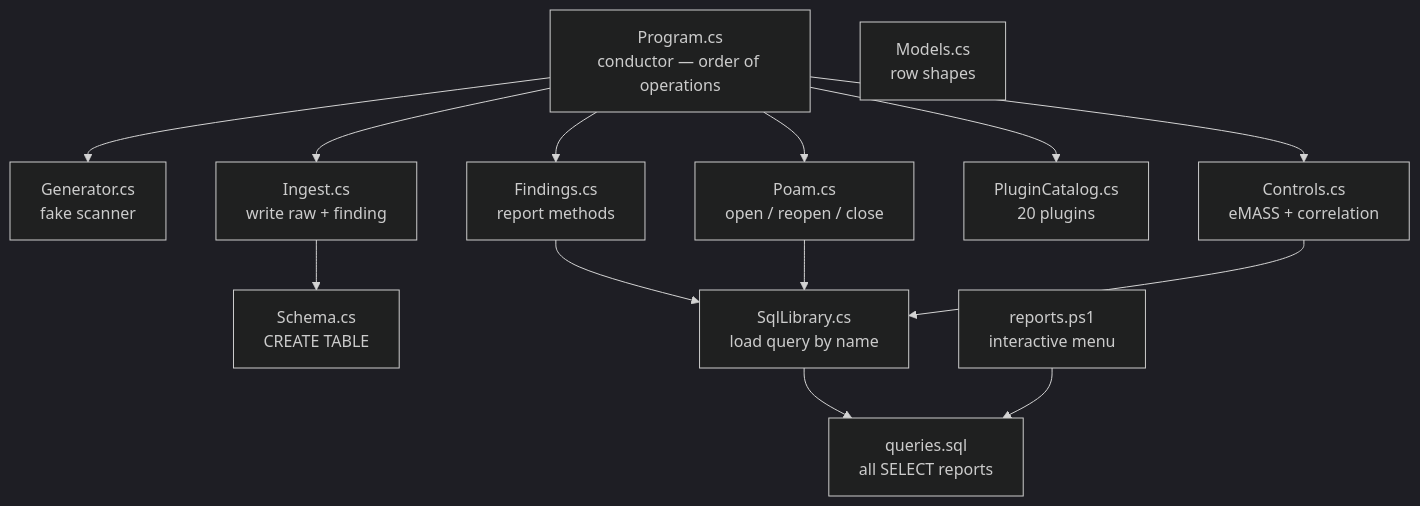
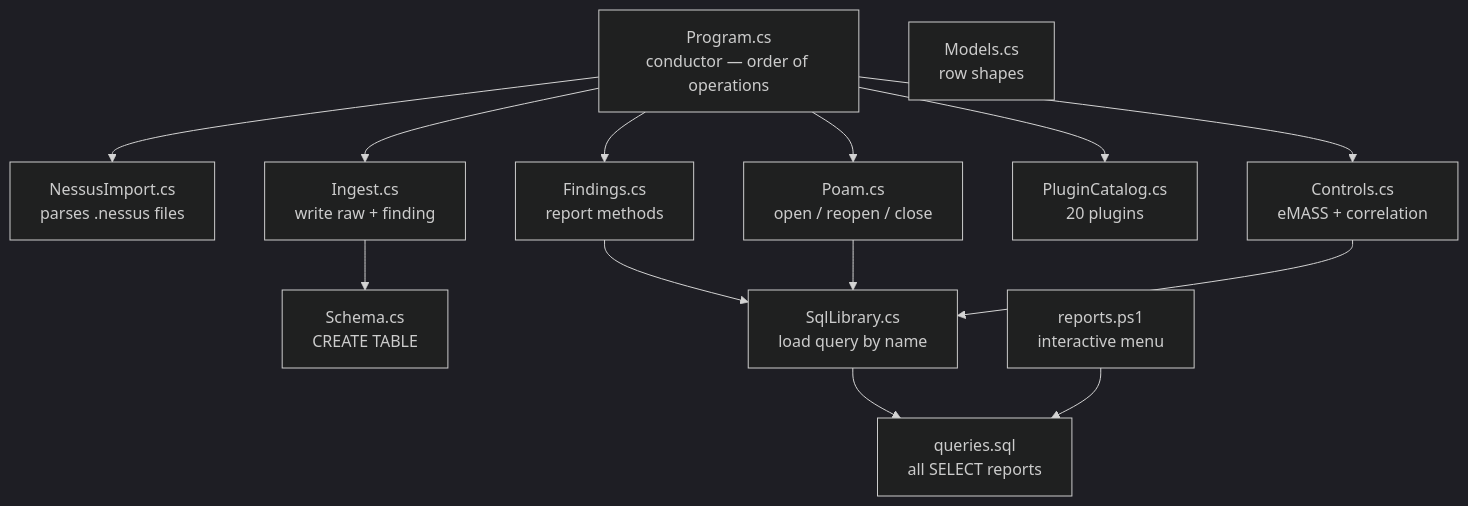
One commit to LeonardSibelius/scan-ingest changed the ninth of 9 diagrams in OVERVIEW.md. Above: the diagram before and after it, drawn with Mermaid (dark theme). The commit also changed other lines of this file and 19 other files, not shown here.

````diff
--- a/OVERVIEW.md
+++ b/OVERVIEW.md
@@ -515,30 +516,30 @@
 ```mermaid
 flowchart TB
     Program["Program.cs<br/>conductor — order of operations"]
 
-    Program --> Generator
+    Program --> NessusImport
     Program --> Ingest
     Program --> Poam
     Program --> Findings
     Program --> PluginCatalog
     Program --> Controls
 
-    Generator["Generator.cs<br/>fake scanner"]
+    NessusImport["NessusImport.cs<br/>parses .nessus files"]
     Ingest["Ingest.cs<br/>write raw + finding"]
     Schema["Schema.cs<br/>CREATE TABLE"]
     Poam["Poam.cs<br/>open / reopen / close"]
     Findings["Findings.cs<br/>report methods"]
     Controls["Controls.cs<br/>eMASS + correlation"]
     PluginCatalog["PluginCatalog.cs<br/>20 plugins"]
     Models["Models.cs<br/>row shapes"]
     SqlLib["SqlLibrary.cs<br/>load query by name"]
     Queries["queries.sql<br/>all SELECT reports"]
     ReportsPs1["reports.ps1<br/>interactive menu"]
 
     Ingest --> Schema
     Findings --> SqlLib
     Poam --> SqlLib
     Controls --> SqlLib
     SqlLib --> Queries
     ReportsPs1 --> Queries
 ```
````
